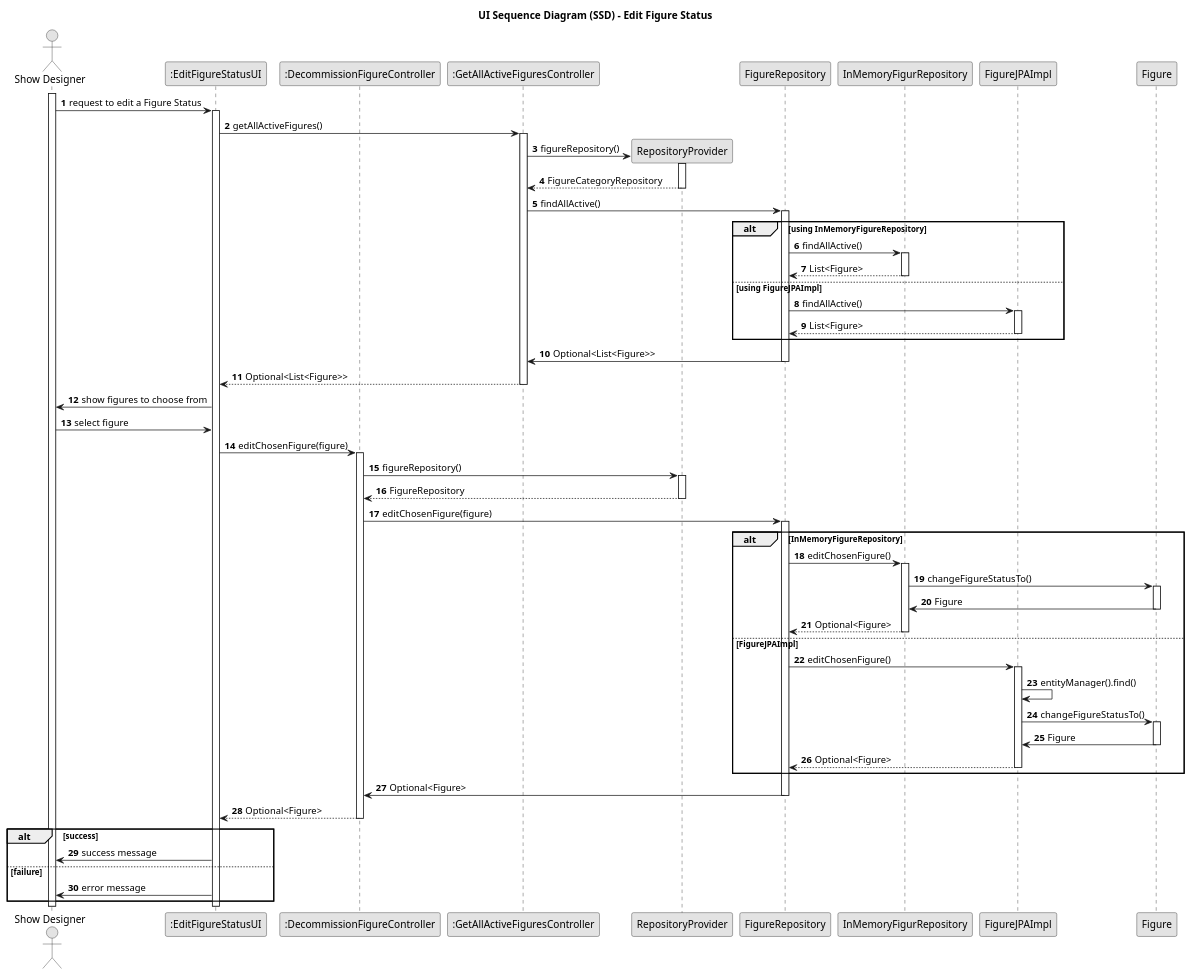
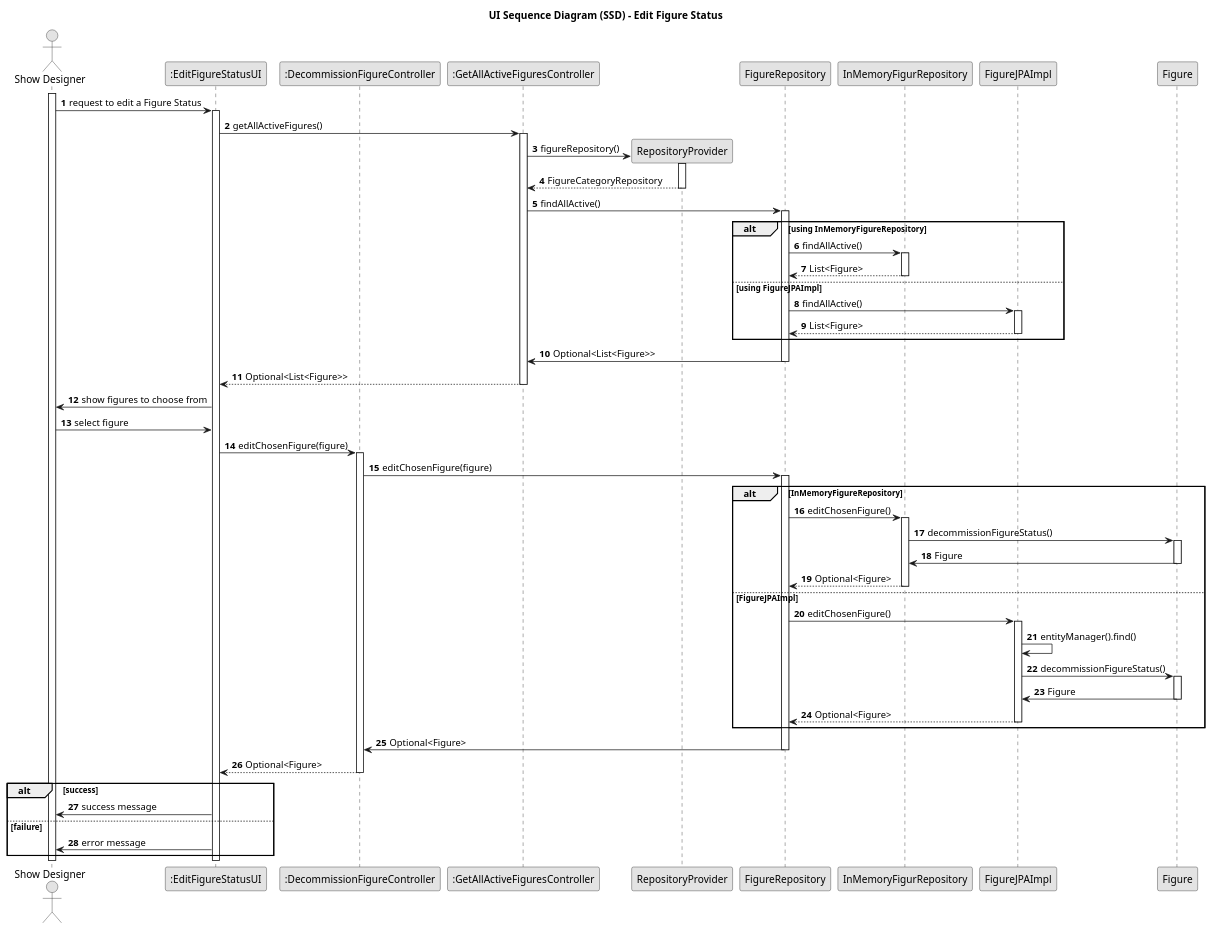
Before and after one commit to SAEmanuel/Shodrone_ISEP: the diagram in docs/planning/sprint2/EAPLI/US234 - Decommission Figure/03.design/puml/us234-sequence-diagram-full.puml, drawn with PlantUML. The commit also changed 9 other files, not shown here.

```diff
--- a/docs/planning/sprint2/EAPLI/US234 - Decommission Figure/03.design/puml/us234-sequence-diagram-full.puml
+++ b/docs/planning/sprint2/EAPLI/US234 - Decommission Figure/03.design/puml/us234-sequence-diagram-full.puml
@@ -1,116 +1,112 @@
 @startuml
 skinparam monochrome true
 skinparam packageStyle rectangle
 skinparam shadowing false
 
 title UI Sequence Diagram (SSD) - Edit Figure Status
 
 autonumber
 
 actor "Show Designer" as SD
 participant ":EditFigureStatusUI" as UI
 participant ":DecommissionFigureController" as CTRL
 participant ":GetAllActiveFiguresController" as FetchCtrl
 participant "RepositoryProvider" as Provider
 participant "FigureRepository" as Repo
 participant "InMemoryFigurRepository" as InMemRepo
 participant "FigureJPAImpl" as JpaRepo
 participant "Figure" as Entity
 
 
 
 activate SD
 
 SD -> UI : request to edit a Figure Status
 activate UI
 
 UI -> FetchCtrl : getAllActiveFigures()
 activate FetchCtrl
 
 FetchCtrl -> Provider** : figureRepository()
 activate Provider
 
 Provider --> FetchCtrl : FigureCategoryRepository
 deactivate Provider
 
 
 FetchCtrl -> Repo : findAllActive()
 activate Repo
 
 alt using InMemoryFigureRepository
     Repo -> InMemRepo : findAllActive()
     activate InMemRepo
 
     InMemRepo --> Repo : List<Figure>
     deactivate InMemRepo
 else using FigureJPAImpl
     Repo -> JpaRepo : findAllActive()
     activate JpaRepo
 
     JpaRepo --> Repo : List<Figure>
     deactivate JpaRepo
 end
 
 
 Repo -> FetchCtrl: Optional<List<Figure>>
 deactivate Repo
 
 
 FetchCtrl --> UI : Optional<List<Figure>>
 deactivate FetchCtrl
 
 UI -> SD : show figures to choose from
 
 SD -> UI : select figure
 UI -> CTRL : editChosenFigure(figure)
 activate CTRL
 
-CTRL -> Provider : figureRepository()
-activate Provider
 
-Provider --> CTRL : FigureRepository
-deactivate Provider
 
 CTRL -> Repo : editChosenFigure(figure)
 activate Repo
 
 alt InMemoryFigureRepository
     Repo -> InMemRepo : editChosenFigure()
     activate InMemRepo
 
-    InMemRepo -> Entity : changeFigureStatusTo()
+    InMemRepo -> Entity : decommissionFigureStatus()
     activate Entity
 
     Entity -> InMemRepo : Figure
     deactivate Entity
 
     InMemRepo --> Repo : Optional<Figure>
 else FigureJPAImpl
     deactivate InMemRepo
     Repo -> JpaRepo : editChosenFigure()
     activate JpaRepo
     JpaRepo -> JpaRepo : entityManager().find()
-    JpaRepo -> Entity : changeFigureStatusTo()
+    JpaRepo -> Entity : decommissionFigureStatus()
 
     activate Entity
 
     Entity -> JpaRepo : Figure
     deactivate Entity
     JpaRepo --> Repo : Optional<Figure>
     deactivate JpaRepo
 end
     Repo -> CTRL : Optional<Figure>
     deactivate Repo
 
 CTRL --> UI : Optional<Figure>
 deactivate CTRL
 
 alt success
     UI -> SD : success message
 else failure
     UI -> SD : error message
 end
 
 deactivate UI
 deactivate SD
 @enduml
```
